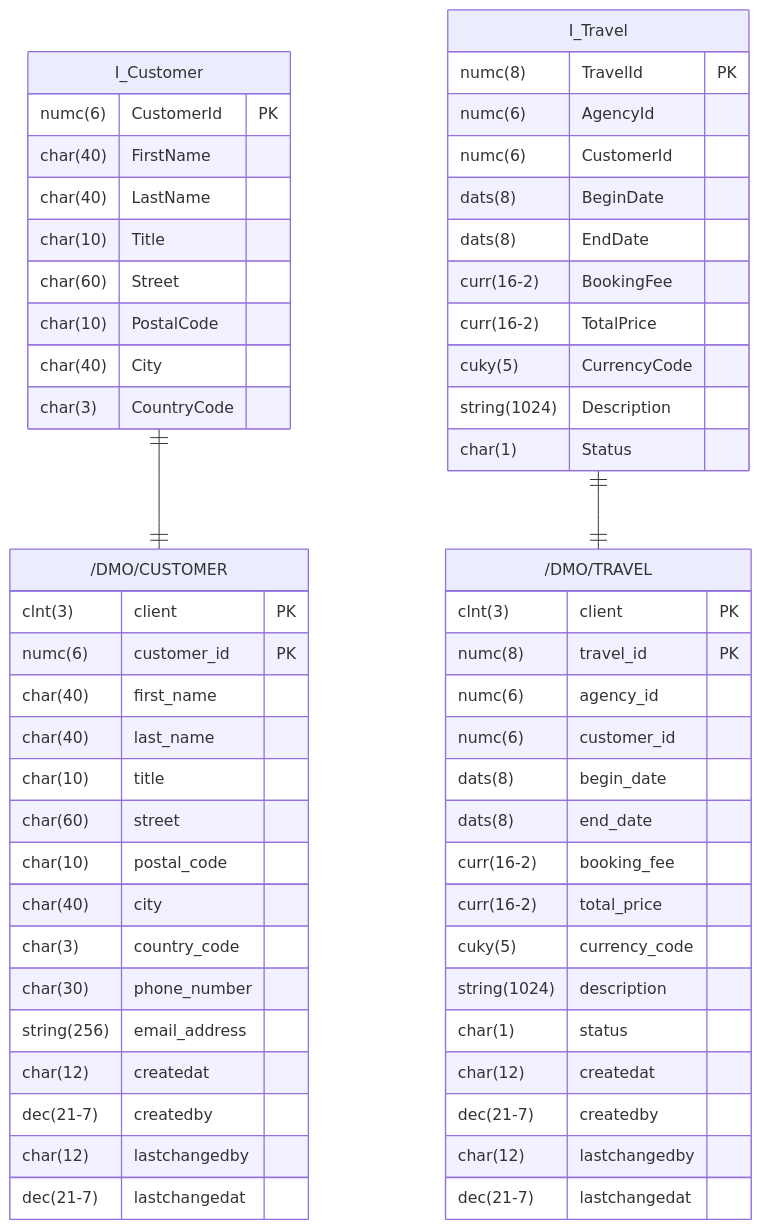
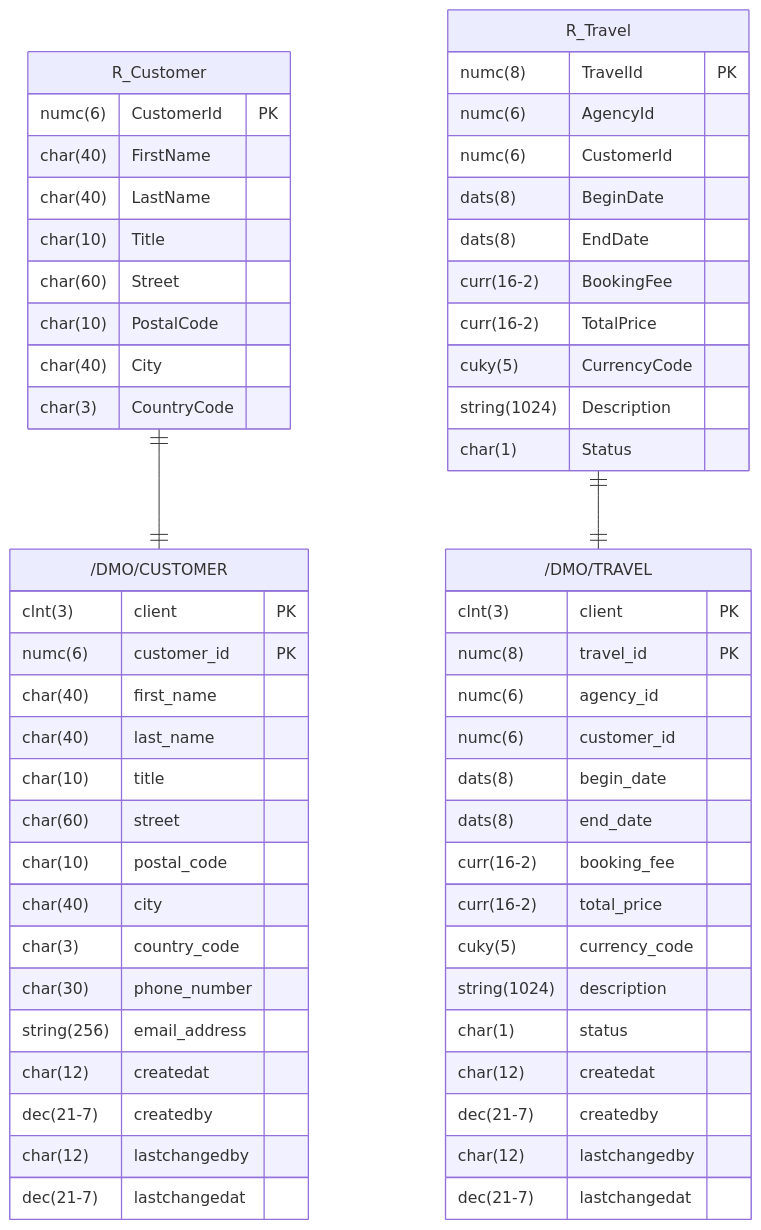
Before and after one commit to appenmaier/s4hana: the diagram in docs/exercises/abap-cds/abap-cds-02.md, drawn with Mermaid. The commit also changed other lines of this file and 15 other files, not shown here.

````diff
--- a/docs/exercises/abap-cds/abap-cds-02.md
+++ b/docs/exercises/abap-cds/abap-cds-02.md
@@ -10,66 +10,66 @@
 ```mermaid
 erDiagram
 
-    I_Customer ||--|| "/DMO/CUSTOMER" : ""
-    I_Travel ||--|| "/DMO/TRAVEL" : ""
+    R_Customer ||--|| "/DMO/CUSTOMER" : ""
+    R_Travel ||--|| "/DMO/TRAVEL" : ""
 
-    I_Customer {
+    R_Customer {
         numc(6) CustomerId PK
         char(40) FirstName
         char(40) LastName
         char(10) Title
         char(60) Street
         char(10) PostalCode
         char(40) City
         char(3) CountryCode
     }
 
     "/DMO/CUSTOMER" {
         clnt(3) client PK
         numc(6) customer_id PK
         char(40) first_name
         char(40) last_name
         char(10) title
         char(60) street
         char(10) postal_code
         char(40) city
         char(3) country_code
         char(30) phone_number
         string(256) email_address
         char(12) createdat
         dec(21-7) createdby
         char(12) lastchangedby
         dec(21-7) lastchangedat
     }
 
-    I_Travel {
+    R_Travel {
         numc(8) TravelId PK
         numc(6) AgencyId
         numc(6) CustomerId
         dats(8) BeginDate
         dats(8) EndDate
         curr(16-2) BookingFee
         curr(16-2) TotalPrice
         cuky(5) CurrencyCode
         string(1024) Description
         char(1) Status
     }
 
     "/DMO/TRAVEL" {
         clnt(3) client PK
         numc(8) travel_id PK
         numc(6) agency_id
         numc(6) customer_id
         dats(8) begin_date
         dats(8) end_date
         curr(16-2) booking_fee
         curr(16-2) total_price
         cuky(5) currency_code
         string(1024) description
         char(1) status
         char(12) createdat
         dec(21-7) createdby
         char(12) lastchangedby
         dec(21-7) lastchangedat
     }
 ```
````
